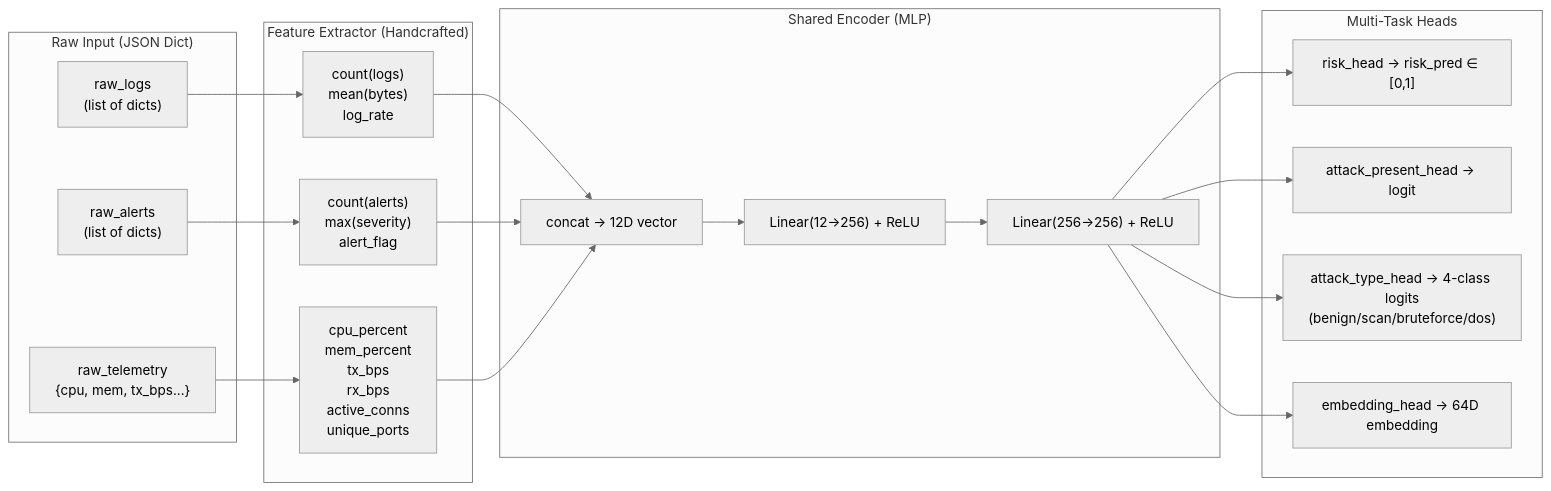
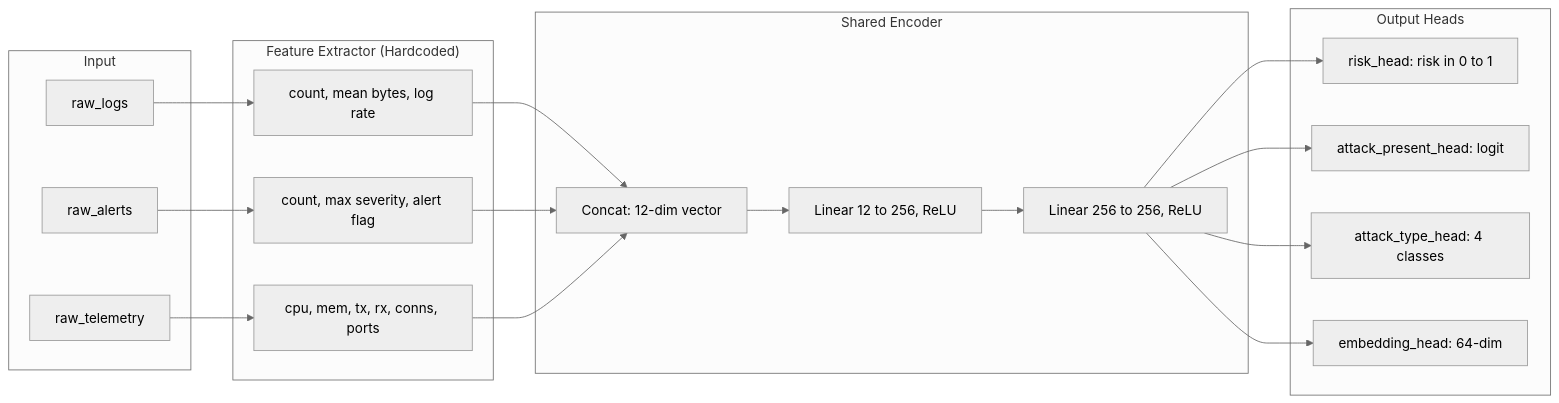
Before and after one commit to didi-09/AI_DRIVEN_SOAR: the third of 15 diagrams in README.md, drawn with Mermaid (neutral theme). The commit also changed other lines of this file, not shown here.

````diff
--- a/README.md
+++ b/README.md
@@ -76,27 +76,27 @@
 ```mermaid
 flowchart LR
-    subgraph Input["Raw Input (JSON Dict)"]
-        L["raw_logs\n(list of dicts)"]
-        A["raw_alerts\n(list of dicts)"]
-        T["raw_telemetry\n{cpu, mem, tx_bps...}"]
+    subgraph Input
+        L["raw_logs"]
+        A["raw_alerts"]
+        T["raw_telemetry"]
     end
 
-    subgraph Extractor["Feature Extractor (Handcrafted)"]
-        L --> FE1["count(logs)\nmean(bytes)\nlog_rate"]
-        A --> FE2["count(alerts)\nmax(severity)\nalert_flag"]
-        T --> FE3["cpu_percent\nmem_percent\ntx_bps\nrx_bps\nactive_conns\nunique_ports"]
+    subgraph Extractor["Feature Extractor (Hardcoded)"]
+        L --> FE1["count, mean bytes, log rate"]
+        A --> FE2["count, max severity, alert flag"]
+        T --> FE3["cpu, mem, tx, rx, conns, ports"]
     end
 
-    subgraph MLP["Shared Encoder (MLP)"]
-        FE1 & FE2 & FE3 --> CAT["concat → 12D vector"]
-        CAT --> L1["Linear(12→256) + ReLU"]
-        L1 --> L2["Linear(256→256) + ReLU"]
+    subgraph MLP["Shared Encoder"]
+        FE1 & FE2 & FE3 --> CAT["Concat: 12-dim vector"]
+        CAT --> L1["Linear 12 to 256, ReLU"]
+        L1 --> L2["Linear 256 to 256, ReLU"]
     end
 
-    subgraph Heads["Multi-Task Heads"]
-        L2 --> H1["risk_head → risk_pred ∈ [0,1]"]
-        L2 --> H2["attack_present_head → logit"]
-        L2 --> H3["attack_type_head → 4-class logits\n(benign/scan/bruteforce/dos)"]
-        L2 --> H4["embedding_head → 64D embedding"]
+    subgraph Heads["Output Heads"]
+        L2 --> H1["risk_head: risk in 0 to 1"]
+        L2 --> H2["attack_present_head: logit"]
+        L2 --> H3["attack_type_head: 4 classes"]
+        L2 --> H4["embedding_head: 64-dim"]
     end
 ```
````
